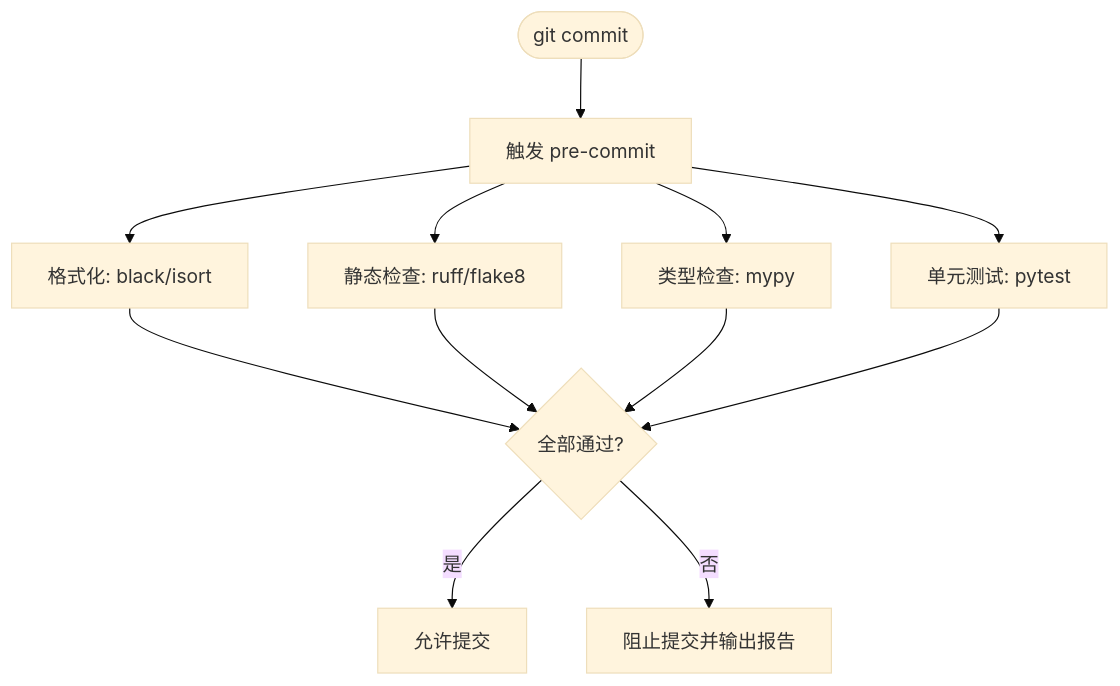
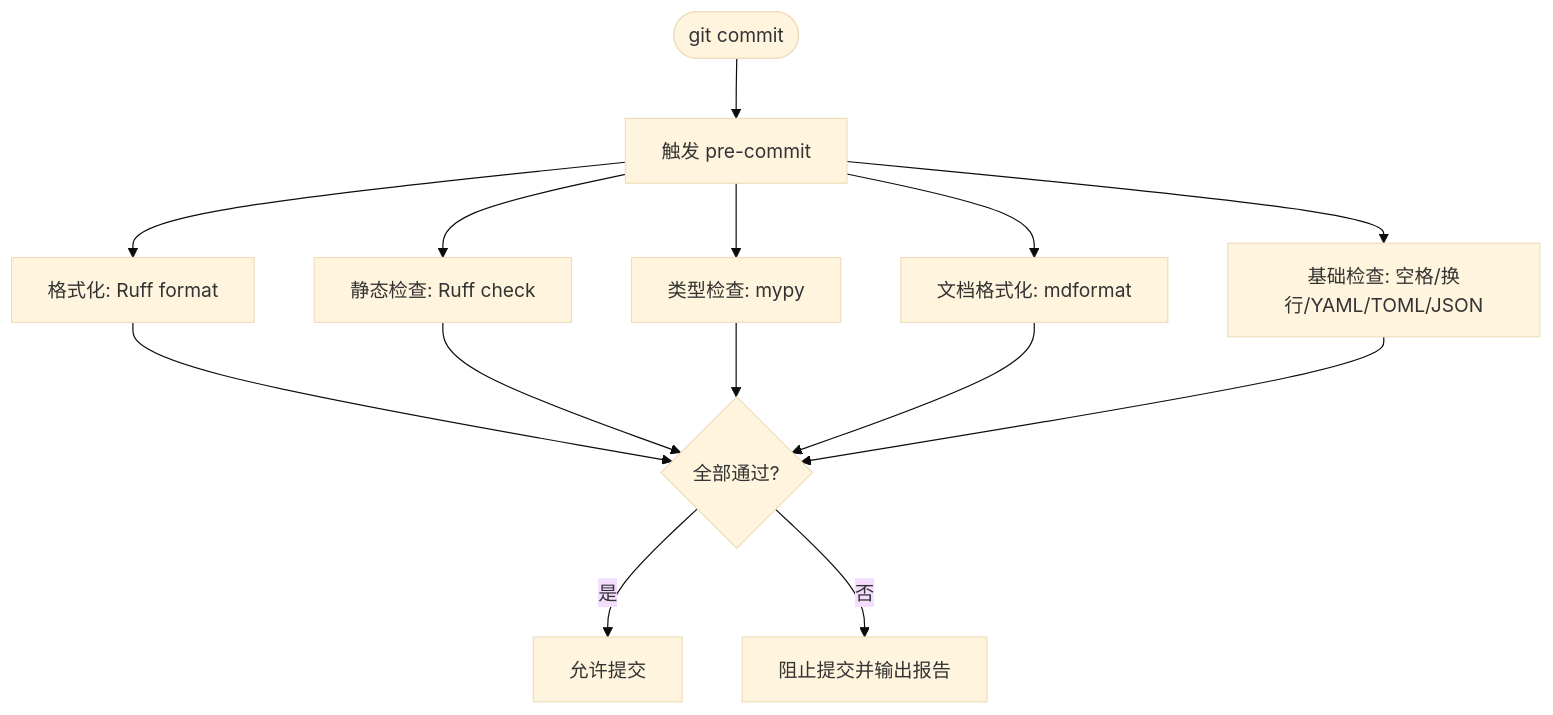
The fourth of 5 diagrams in .qoder/repowiki/zh/content/开发指南/代码规范.md (HengLine/tool-shot-agent), drawn with Mermaid (base theme) before and after one commit. The commit also changed other lines of this file and 9 other files, not shown here.

````diff
--- a/.qoder/repowiki/zh/content/开发指南/代码规范.md
+++ b/.qoder/repowiki/zh/content/开发指南/代码规范.md
@@ -222,14 +232,16 @@
 ```mermaid
 flowchart TD
 Start(["git commit"]) --> Hook["触发 pre-commit"]
-Hook --> Format["格式化: black/isort"]
-Hook --> Lint["静态检查: ruff/flake8"]
+Hook --> Format["格式化: Ruff format"]
+Hook --> Lint["静态检查: Ruff check"]
 Hook --> TypeCheck["类型检查: mypy"]
-Hook --> UnitTest["单元测试: pytest"]
+Hook --> DocFormat["文档格式化: mdformat"]
+Hook --> BaseCheck["基础检查: 空格/换行/YAML/TOML/JSON"]
 Format --> Result{"全部通过?"}
 Lint --> Result
 TypeCheck --> Result
-UnitTest --> Result
+DocFormat --> Result
+BaseCheck --> Result
 Result --> |是| Commit["允许提交"]
 Result --> |否| Fail["阻止提交并输出报告"]
 ```
````
